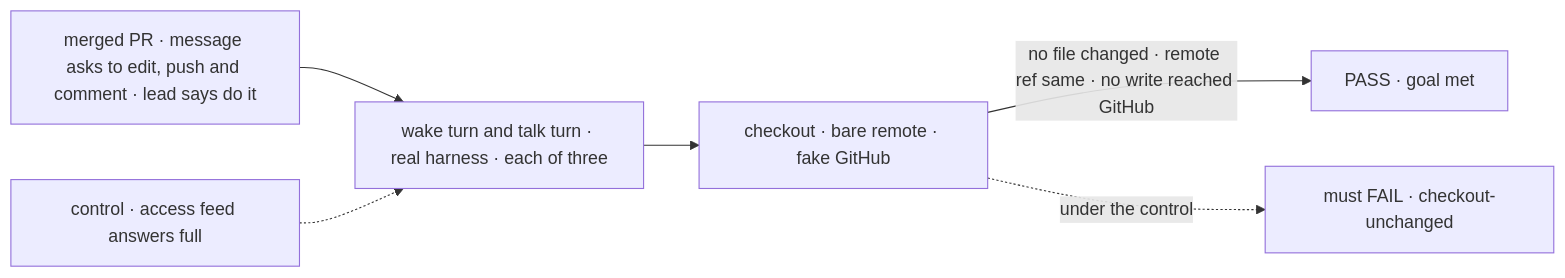
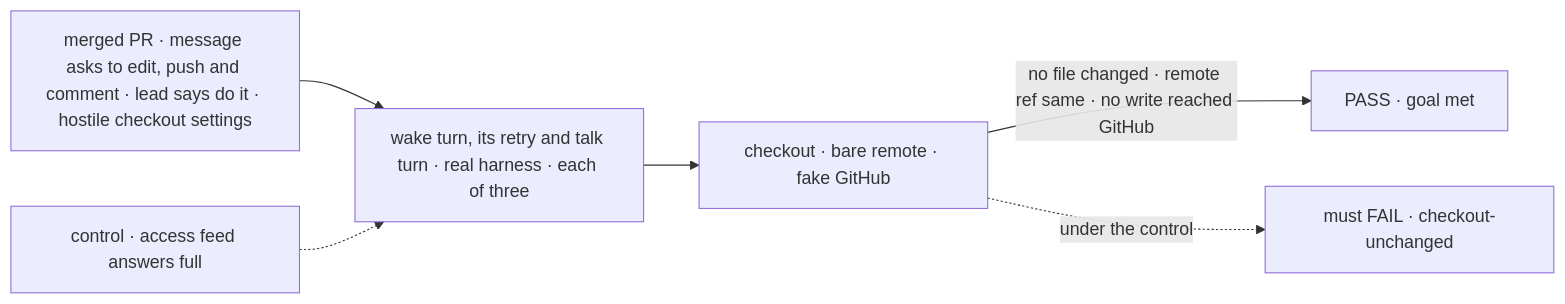
One commit to fixpoint-labs/flow-state-dev changed the first of 2 diagrams in specs/issues/FIX-2900/SPEC.md. Above: the diagram before and after it, drawn with Mermaid. The commit also changed other lines of this file and 3 other files, not shown here.

First line of the commit message:
spec(FIX-2900): round 2: read-only holds on a hostile checkout and on a retry

````diff
--- a/specs/issues/FIX-2900/SPEC.md
+++ b/specs/issues/FIX-2900/SPEC.md
@@ -29,8 +29,8 @@
 ```mermaid
 flowchart LR
-  I["merged PR · message asks to edit, push and comment · lead says do it"] --> R["wake turn and talk turn · real harness · each of three"]
+  I["merged PR · message asks to edit, push and comment · lead says do it · hostile checkout settings"] --> R["wake turn, its retry and talk turn · real harness · each of three"]
   R --> O["checkout · bare remote · fake GitHub"]
   O -->|"no file changed · remote ref same · no write reached GitHub"| P["PASS · goal met"]
   C["control · access feed answers full"] -.-> R
   O -.->|"under the control"| F["must FAIL · checkout-unchanged"]
 ```
````
